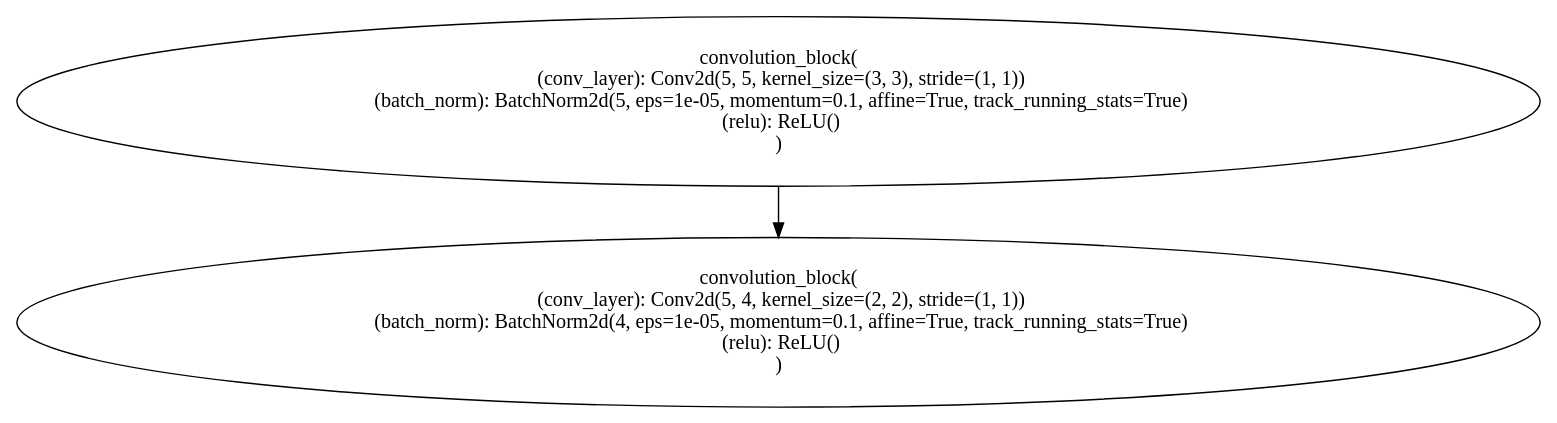
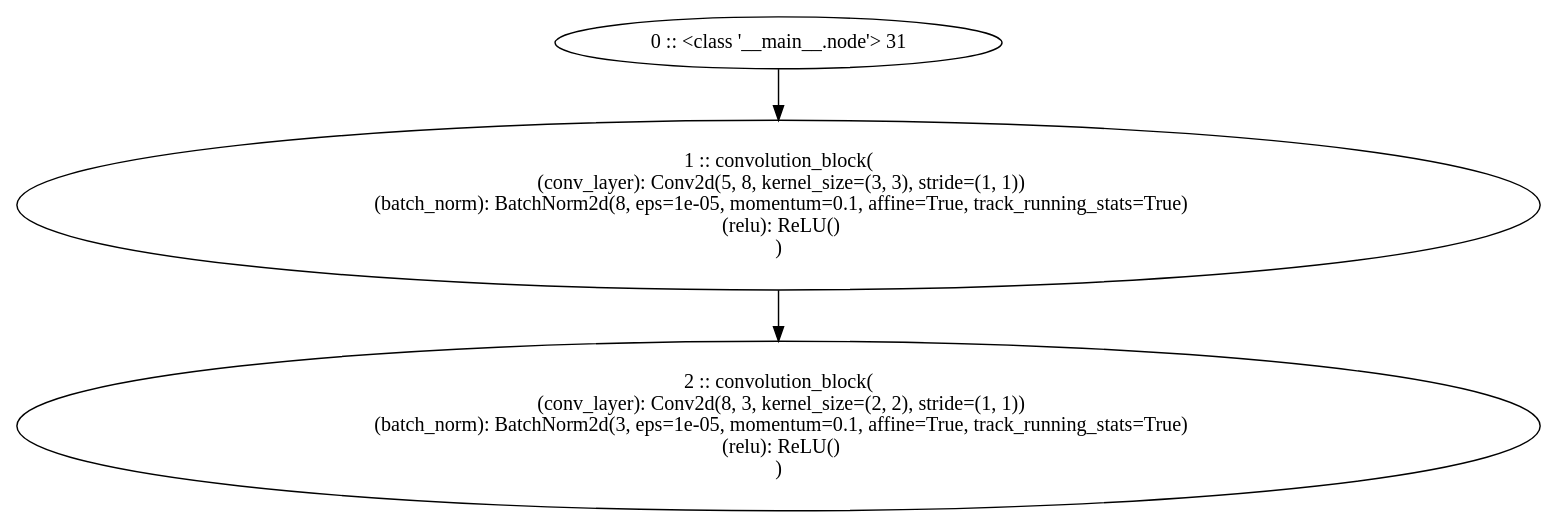
The diagram in arch.gv (pradyumn014/NeuralArchitectureSearch), drawn with Graphviz before and after one commit. The commit also changed 2 other files, not shown here.

```diff
--- a/arch.gv
+++ b/arch.gv
@@ -1,14 +1,16 @@
 // arch.gv
 digraph arch {
-	1 [label="convolution_block(
-  (conv_layer): Conv2d(5, 5, kernel_size=(3, 3), stride=(1, 1))
-  (batch_norm): BatchNorm2d(5, eps=1e-05, momentum=0.1, affine=True, track_running_stats=True)
+	0 [label="0 :: <class '__main__.node'> 31"]
+	1 [label="1 :: convolution_block(
+  (conv_layer): Conv2d(5, 8, kernel_size=(3, 3), stride=(1, 1))
+  (batch_norm): BatchNorm2d(8, eps=1e-05, momentum=0.1, affine=True, track_running_stats=True)
   (relu): ReLU()
 )"]
-	2 [label="convolution_block(
-  (conv_layer): Conv2d(5, 4, kernel_size=(2, 2), stride=(1, 1))
-  (batch_norm): BatchNorm2d(4, eps=1e-05, momentum=0.1, affine=True, track_running_stats=True)
+	2 [label="2 :: convolution_block(
+  (conv_layer): Conv2d(8, 3, kernel_size=(2, 2), stride=(1, 1))
+  (batch_norm): BatchNorm2d(3, eps=1e-05, momentum=0.1, affine=True, track_running_stats=True)
   (relu): ReLU()
 )"]
+	0 -> 1
 	1 -> 2
 }
```
